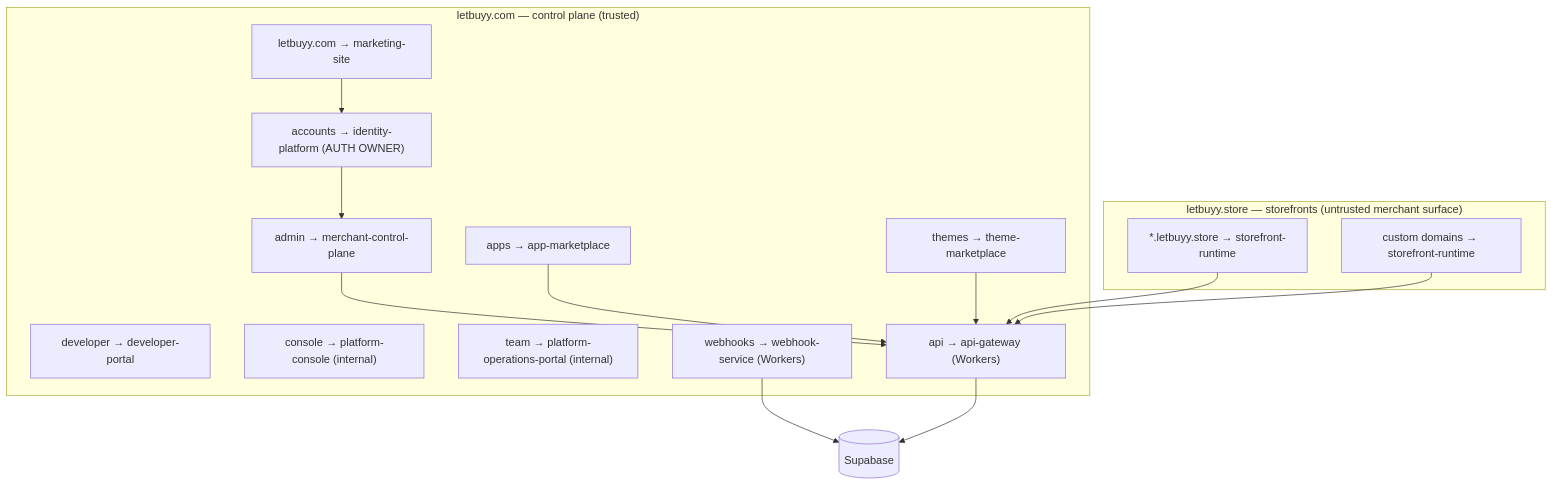
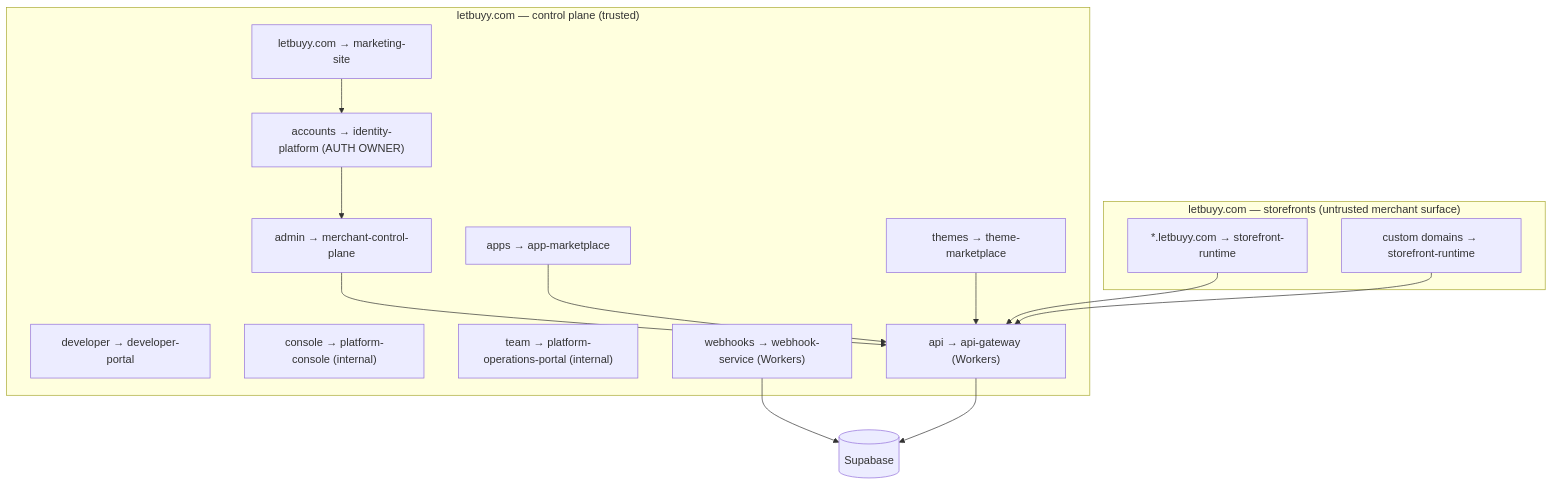
The diagram in docs/governance/domain-topology-governance.md (SaaiSiddhu/LetBuyy), drawn with Mermaid before and after one commit. The commit also changed other lines of this file and 1252 other files, not shown here.

````diff
--- a/docs/governance/domain-topology-governance.md
+++ b/docs/governance/domain-topology-governance.md
@@ -66,27 +66,27 @@
 ```mermaid
 flowchart TB
   subgraph COM["letbuyy.com — control plane (trusted)"]
     MKT["letbuyy.com → marketing-site"]
     ACC["accounts → identity-platform (AUTH OWNER)"]
     ADM["admin → merchant-control-plane"]
     APPS["apps → app-marketplace"]
     THM["themes → theme-marketplace"]
     DEV["developer → developer-portal"]
     CON["console → platform-console (internal)"]
     TEAM["team → platform-operations-portal (internal)"]
     API["api → api-gateway (Workers)"]
     WH["webhooks → webhook-service (Workers)"]
   end
-  subgraph STORE["letbuyy.store — storefronts (untrusted merchant surface)"]
-    SF["*.letbuyy.store → storefront-runtime"]
+  subgraph STORE["letbuyy.com — storefronts (untrusted merchant surface)"]
+    SF["*.letbuyy.com → storefront-runtime"]
     CD["custom domains → storefront-runtime"]
   end
   MKT --> ACC --> ADM
   ADM --> API
   APPS --> API
   THM --> API
   SF --> API
   CD --> API
   WH --> DB[("Supabase")]
   API --> DB
 ```
````
